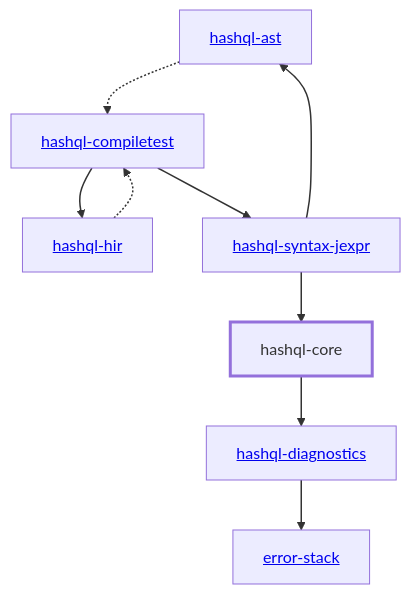
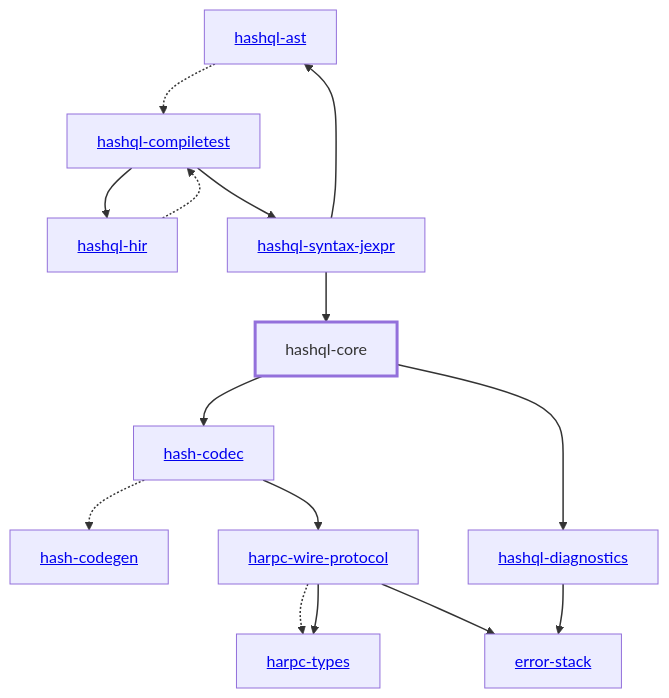
The diagram in libs/@local/hashql/core/docs/dependency-diagram.mmd (hashintel/hash), drawn with Mermaid before and after one commit. The commit also changed 8 other files, not shown here.

Commit message:
fix: dependency diagram

```diff
--- a/libs/@local/hashql/core/docs/dependency-diagram.mmd
+++ b/libs/@local/hashql/core/docs/dependency-diagram.mmd
@@ -1,26 +1,36 @@
 graph TD
     linkStyle default stroke-width:1.5px
     classDef default stroke-width:1px
     classDef root stroke-width:3px
     classDef dev stroke-width:1px
     classDef build stroke-width:1px
     %% Legend
     %% --> : Normal dependency
     %% -.-> : Dev dependency
     %% ---> : Build dependency
-    0[<a href="../hashql_ast">hashql-ast</a>]
-    1[<a href="../hashql_compiletest">hashql-compiletest</a>]
-    2[hashql-core]
-    class 2 root
-    3[<a href="../hashql_diagnostics">hashql-diagnostics</a>]
-    4[<a href="../hashql_hir">hashql-hir</a>]
-    5[<a href="../hashql_syntax_jexpr">hashql-syntax-jexpr</a>]
-    6[<a href="../error_stack">error-stack</a>]
+    0[<a href="../hash_codec">hash-codec</a>]
+    1[<a href="../hash_codegen">hash-codegen</a>]
+    2[<a href="../harpc_types">harpc-types</a>]
+    3[<a href="../harpc_wire_protocol">harpc-wire-protocol</a>]
+    4[<a href="../hashql_ast">hashql-ast</a>]
+    5[<a href="../hashql_compiletest">hashql-compiletest</a>]
+    6[hashql-core]
+    class 6 root
+    7[<a href="../hashql_diagnostics">hashql-diagnostics</a>]
+    8[<a href="../hashql_hir">hashql-hir</a>]
+    9[<a href="../hashql_syntax_jexpr">hashql-syntax-jexpr</a>]
+    10[<a href="../error_stack">error-stack</a>]
     0 -.-> 1
-    1 --> 4
-    1 --> 5
-    2 --> 3
-    3 --> 6
-    4 -.-> 1
-    5 --> 0
-    5 --> 2
+    0 --> 3
+    3 -.-> 2
+    3 --> 2
+    3 --> 10
+    4 -.-> 5
+    5 --> 8
+    5 --> 9
+    6 --> 0
+    6 --> 7
+    7 --> 10
+    8 -.-> 5
+    9 --> 4
+    9 --> 6
```
